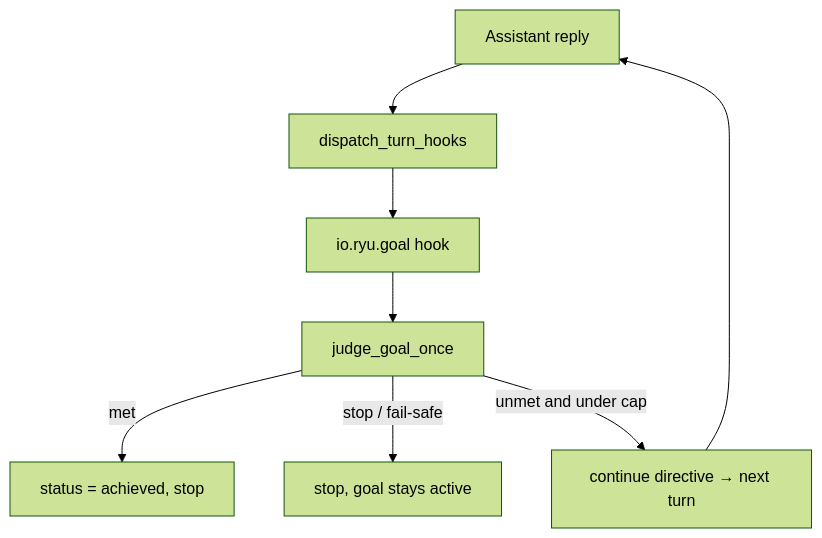
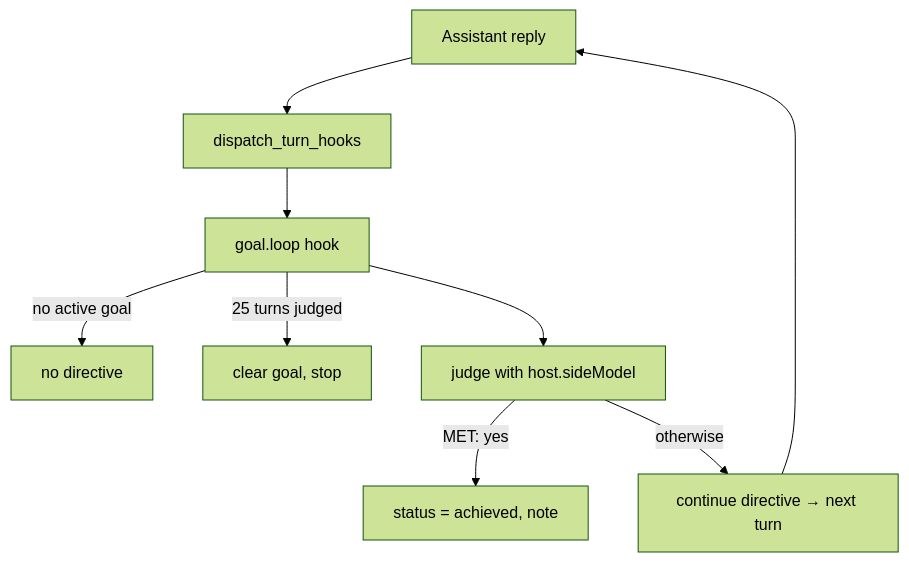
Before and after one commit to amajorai/ryu-docs: the diagram in content/docs/core/goals.mdx, drawn with Mermaid (forest theme). The commit also changed other lines of this file and 2538 other files, not shown here.

````diff
--- a/content/docs/core/goals.mdx
+++ b/content/docs/core/goals.mdx
@@ -52,10 +51,11 @@
 ```mermaid
 flowchart TD
   A[Assistant reply] --> B[dispatch_turn_hooks]
-  B --> C[io.ryu.goal hook]
-  C --> D[judge_goal_once]
-  D -->|met| E[status = achieved, stop]
-  D -->|stop / fail-safe| F[stop, goal stays active]
-  D -->|unmet and under cap| G[continue directive → next turn]
+  B --> C[goal.loop hook]
+  C -->|no active goal| N[no directive]
+  C -->|25 turns judged| S[clear goal, stop]
+  C --> D[judge with host.sideModel]
+  D -->|MET: yes| E[status = achieved, note]
+  D -->|otherwise| G[continue directive → next turn]
   G --> A
 ```
````
